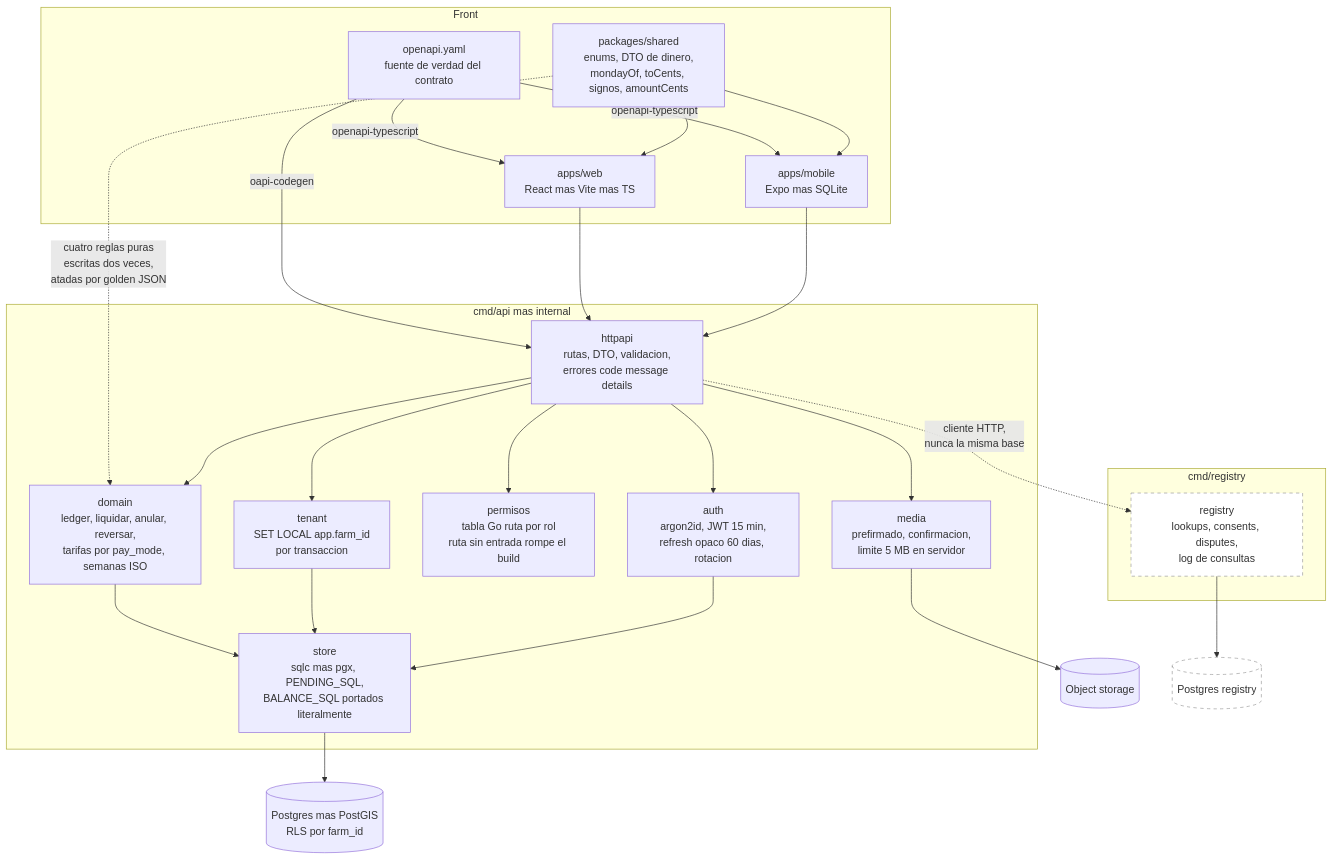
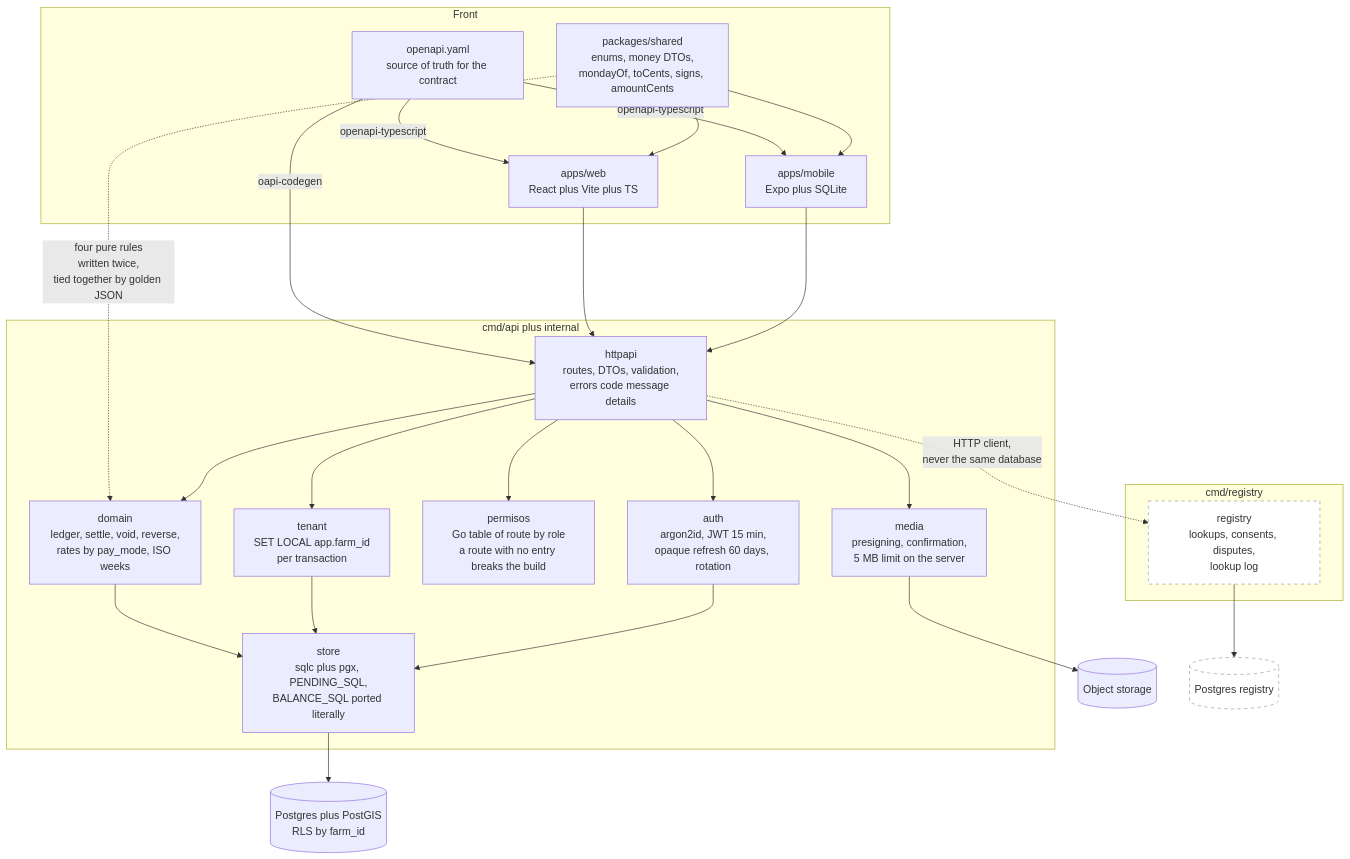
Before and after one commit to ojardila/bascula: the second of 7 diagrams in docs/diagramas/sistema.md, drawn with Mermaid. The commit also changed other lines of this file and 25 other files, not shown here.

````diff
--- a/docs/diagramas/sistema.md
+++ b/docs/diagramas/sistema.md
@@ -84,53 +84,53 @@
 ```mermaid
 graph TD
     subgraph SG_front["Front"]
-        webapp["apps/web<br/>React mas Vite mas TS"]
-        mobileapp["apps/mobile<br/>Expo mas SQLite"]
-        shared["packages/shared<br/>enums, DTO de dinero,<br/>mondayOf, toCents, signos, amountCents"]
-        openapi["openapi.yaml<br/>fuente de verdad del contrato"]
+        webapp["apps/web<br/>React plus Vite plus TS"]
+        mobileapp["apps/mobile<br/>Expo plus SQLite"]
+        shared["packages/shared<br/>enums, money DTOs,<br/>mondayOf, toCents, signs, amountCents"]
+        openapi["openapi.yaml<br/>source of truth for the contract"]
     end
 
-    subgraph SG_go["cmd/api mas internal"]
-        httpapi["httpapi<br/>rutas, DTO, validacion,<br/>errores code message details"]
-        authpkg["auth<br/>argon2id, JWT 15 min,<br/>refresh opaco 60 dias, rotacion"]
-        tenantpkg["tenant<br/>SET LOCAL app.farm_id<br/>por transaccion"]
-        permisos["permisos<br/>tabla Go ruta por rol<br/>ruta sin entrada rompe el build"]
-        domain["domain<br/>ledger, liquidar, anular, reversar,<br/>tarifas por pay_mode, semanas ISO"]
-        store["store<br/>sqlc mas pgx, PENDING_SQL,<br/>BALANCE_SQL portados literalmente"]
-        mediapkg["media<br/>prefirmado, confirmacion,<br/>limite 5 MB en servidor"]
+    subgraph SG_go["cmd/api plus internal"]
+        httpapi["httpapi<br/>routes, DTOs, validation,<br/>errors code message details"]
+        authpkg["auth<br/>argon2id, JWT 15 min,<br/>opaque refresh 60 days, rotation"]
+        tenantpkg["tenant<br/>SET LOCAL app.farm_id<br/>per transaction"]
+        permisos["permisos<br/>Go table of route by role<br/>a route with no entry breaks the build"]
+        domain["domain<br/>ledger, settle, void, reverse,<br/>rates by pay_mode, ISO weeks"]
+        store["store<br/>sqlc plus pgx, PENDING_SQL,<br/>BALANCE_SQL ported literally"]
+        mediapkg["media<br/>presigning, confirmation,<br/>5 MB limit on the server"]
     end
 
     subgraph SG_reg["cmd/registry"]
-        registrypkg["registry<br/>lookups, consents, disputes,<br/>log de consultas"]
+        registrypkg["registry<br/>lookups, consents, disputes,<br/>lookup log"]
     end
 
-    pg[("Postgres mas PostGIS<br/>RLS por farm_id")]
+    pg[("Postgres plus PostGIS<br/>RLS by farm_id")]
     blob[("Object storage")]
     pgreg[("Postgres registry")]
 
     openapi -->|"oapi-codegen"| httpapi
     openapi -->|"openapi-typescript"| webapp
     openapi -->|"openapi-typescript"| mobileapp
     shared --> webapp
     shared --> mobileapp
-    shared -.->|"cuatro reglas puras<br/>escritas dos veces,<br/>atadas por golden JSON"| domain
+    shared -.->|"four pure rules<br/>written twice,<br/>tied together by golden JSON"| domain
 
     webapp --> httpapi
     mobileapp --> httpapi
 
     httpapi --> authpkg
     httpapi --> tenantpkg
     httpapi --> permisos
     httpapi --> domain
     httpapi --> mediapkg
     domain --> store
     tenantpkg --> store
     authpkg --> store
     store --> pg
     mediapkg --> blob
-    httpapi -.->|"cliente HTTP,<br/>nunca la misma base"| registrypkg
+    httpapi -.->|"HTTP client,<br/>never the same database"| registrypkg
     registrypkg --> pgreg
 
     classDef espera fill:#fff,stroke:#999,stroke-dasharray:5;
     class registrypkg,pgreg espera;
 ```
````
